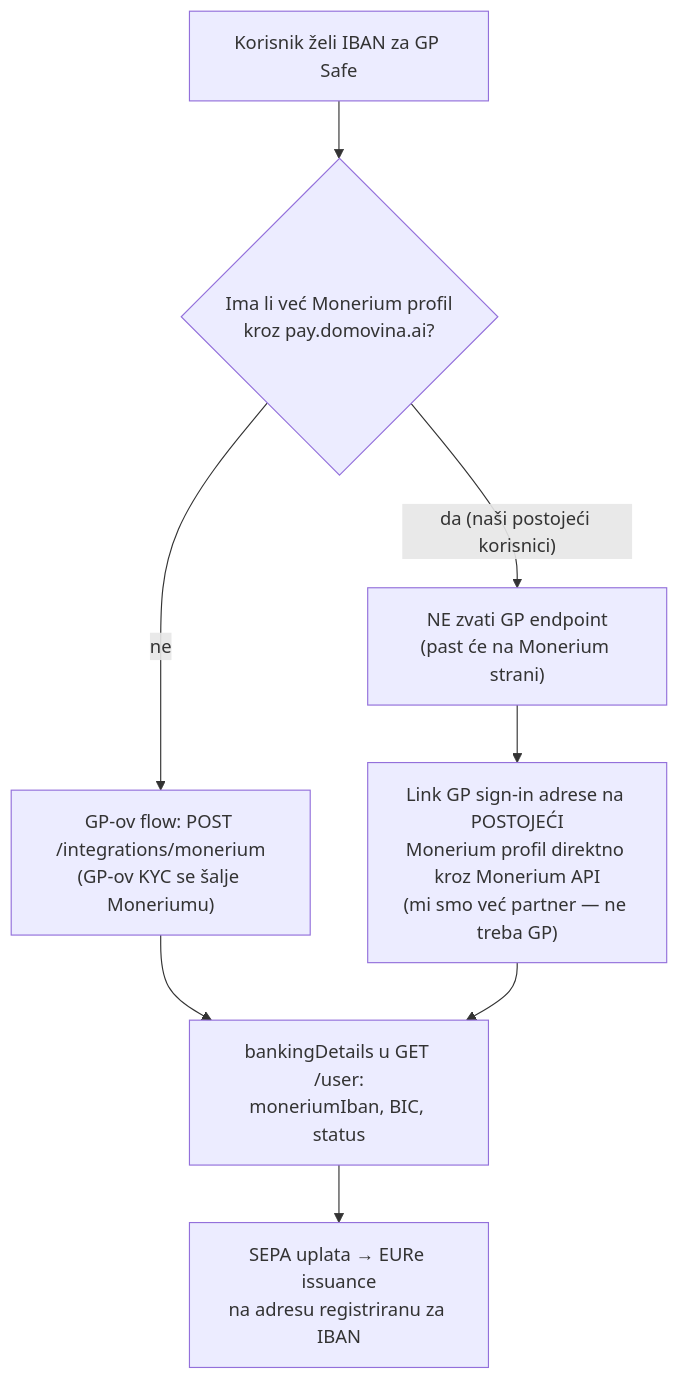
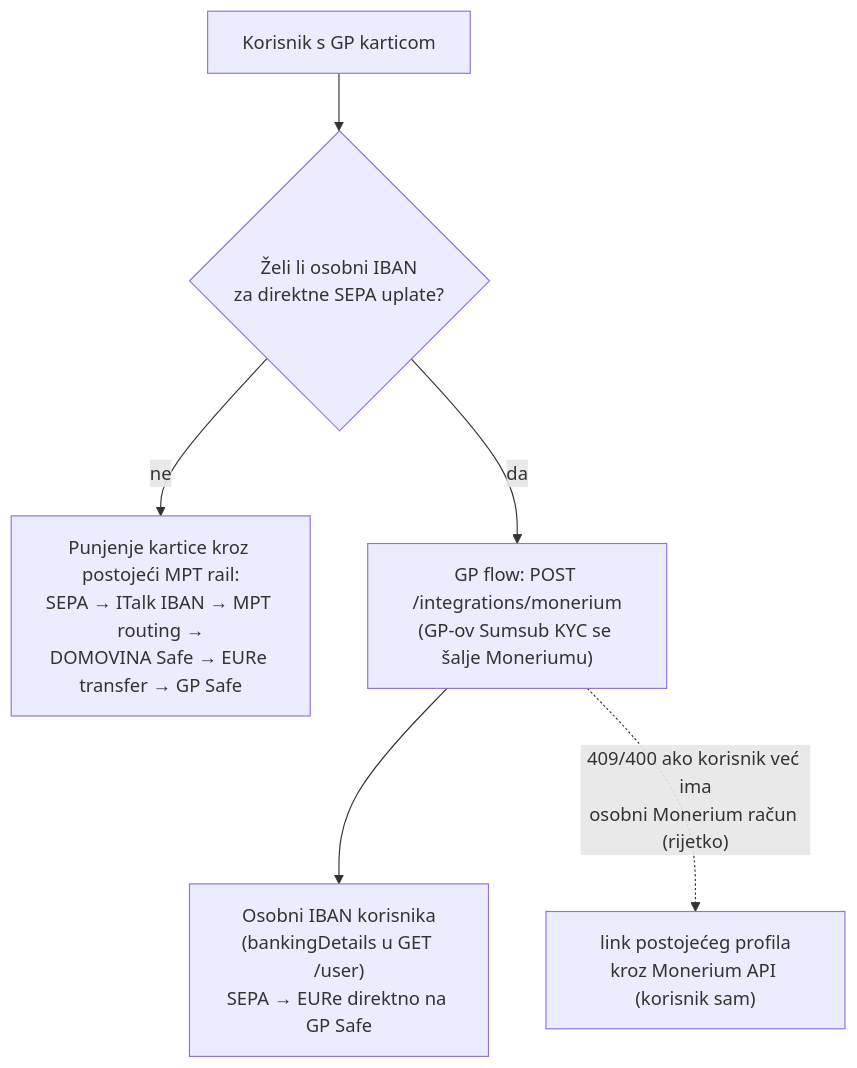
One commit to domovinatv/pay.domovina.ai changed the second of 2 diagrams in docs/plans/gnosis-pay-cards/04-backend-webhooks-iban.md. Above: the diagram before and after it, drawn with Mermaid. The commit also changed other lines of this file and 5 other files, not shown here.

First line of the commit message:
docs(plans): Gnosis Pay korekcije — HR Apple/Google Pay potvrđen, Monerium KYB model

````diff
--- a/docs/plans/gnosis-pay-cards/04-backend-webhooks-iban.md
+++ b/docs/plans/gnosis-pay-cards/04-backend-webhooks-iban.md
@@ -125,10 +138,8 @@
 ```mermaid
 flowchart TD
-    A[Korisnik želi IBAN za GP Safe] --> B{Ima li već Monerium profil<br/>kroz pay.domovina.ai?}
-    B -- "da (naši postojeći korisnici)" --> C["NE zvati GP endpoint<br/>(past će na Monerium strani)"]
-    C --> D["Link GP sign-in adrese na POSTOJEĆI<br/>Monerium profil direktno kroz Monerium API<br/>(mi smo već partner — ne treba GP)"]
-    B -- ne --> E["GP-ov flow: POST /integrations/monerium<br/>(GP-ov KYC se šalje Moneriumu)"]
-    E --> F["bankingDetails u GET /user:<br/>moneriumIban, BIC, status"]
-    D --> F
-    F --> G["SEPA uplata → EURe issuance<br/>na adresu registriranu za IBAN"]
+    A[Korisnik s GP karticom] --> B{Želi li osobni IBAN<br/>za direktne SEPA uplate?}
+    B -- ne --> C["Punjenje kartice kroz postojeći MPT rail:<br/>SEPA → ITalk IBAN → MPT routing →<br/>DOMOVINA Safe → EURe transfer → GP Safe"]
+    B -- da --> D["GP flow: POST /integrations/monerium<br/>(GP-ov Sumsub KYC se šalje Moneriumu)"]
+    D --> E["Osobni IBAN korisnika<br/>(bankingDetails u GET /user)<br/>SEPA → EURe direktno na GP Safe"]
+    D -. "409/400 ako korisnik već ima<br/>osobni Monerium račun (rijetko)" .-> F["link postojećeg profila<br/>kroz Monerium API (korisnik sam)"]
 ```
````
